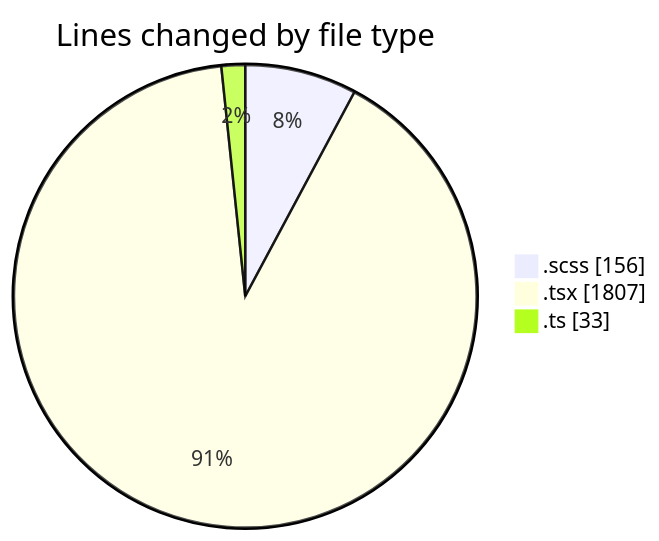
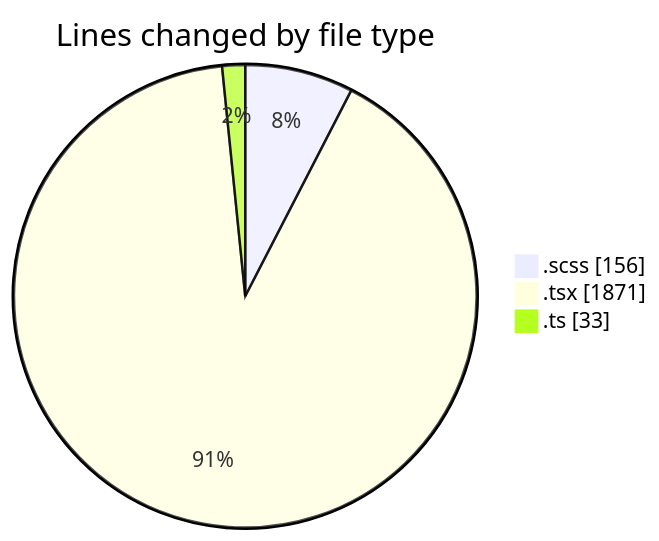
The first of 2 diagrams in 2025-02-10/cda/README.md (momahboobian/code-tracking), drawn with Mermaid before and after one commit. The commit also changed other lines of this file and 1 other file, not shown here.

````diff
--- a/2025-02-10/cda/README.md
+++ b/2025-02-10/cda/README.md
@@ -25,7 +25,7 @@
 ```mermaid
 pie showData
 title Lines changed by file type
 ".scss" : 156
-".tsx" : 1807
+".tsx" : 1871
 ".ts" : 33
 ```
````
